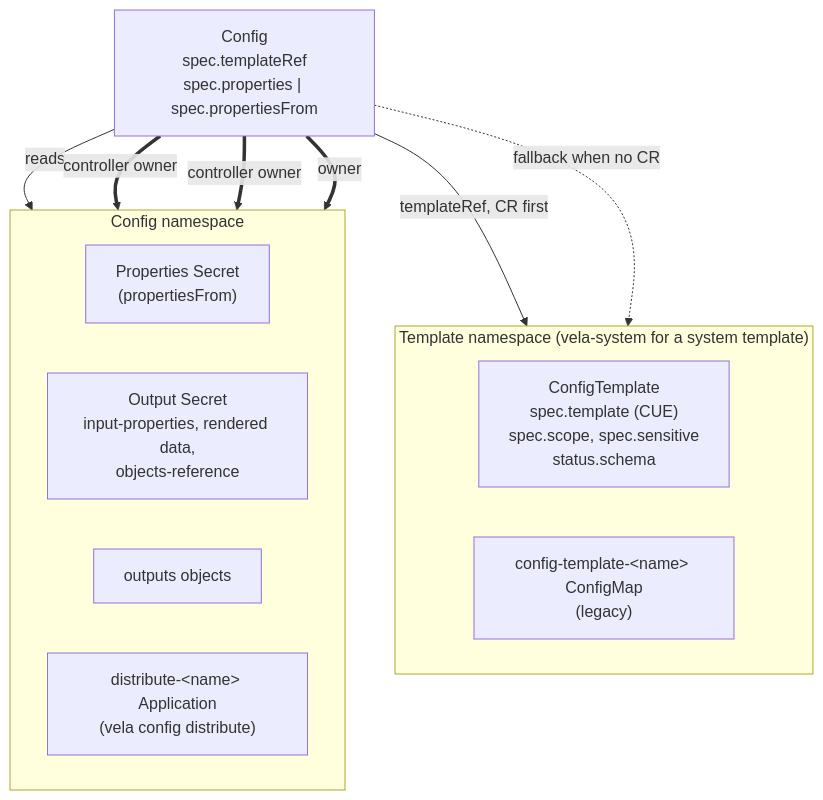
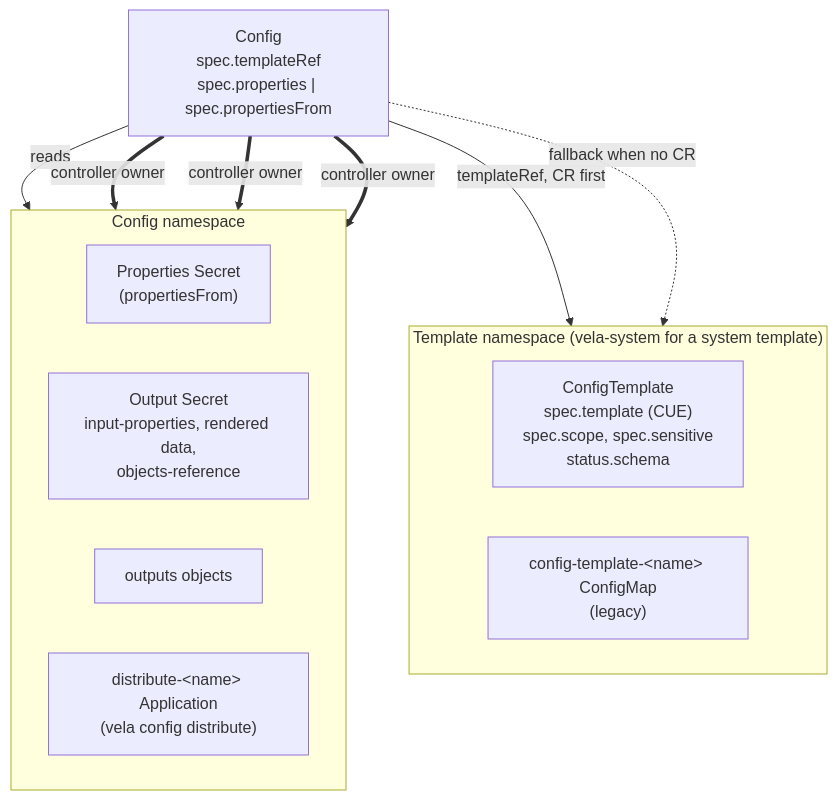
The first of 3 diagrams in design/vela-core/keps/2.18-config-crds/design/01-config-crd-management.md (kubevela/kubevela), drawn with Mermaid before and after one commit. The commit also changed other lines of this file and 9 other files, not shown here.

````diff
--- a/design/vela-core/keps/2.18-config-crds/design/01-config-crd-management.md
+++ b/design/vela-core/keps/2.18-config-crds/design/01-config-crd-management.md
@@ -66,25 +66,25 @@
 ```mermaid
 flowchart TB
     subgraph tns["Template namespace (vela-system for a system template)"]
         direction LR
         CT["ConfigTemplate<br/>spec.template (CUE)<br/>spec.scope, spec.sensitive<br/>status.schema"]
         LCM["config-template-&lt;name&gt; ConfigMap<br/>(legacy)"]
     end
 
     CFG["Config<br/>spec.templateRef<br/>spec.properties | spec.propertiesFrom"]
 
     subgraph cns["Config namespace"]
         direction LR
         PS["Properties Secret<br/>(propertiesFrom)"]
         OS["Output Secret<br/>input-properties, rendered data,<br/>objects-reference"]
         OUT["outputs objects"]
         APP["distribute-&lt;name&gt; Application<br/>(vela config distribute)"]
     end
 
     CFG -- "templateRef, CR first" --> CT
     CFG -. "fallback when no CR" .-> LCM
     CFG -- "reads" --> PS
     CFG == "controller owner" ==> OS
     CFG == "controller owner" ==> OUT
-    CFG == "owner" ==> APP
+    CFG == "controller owner" ==> APP
 ```
````
